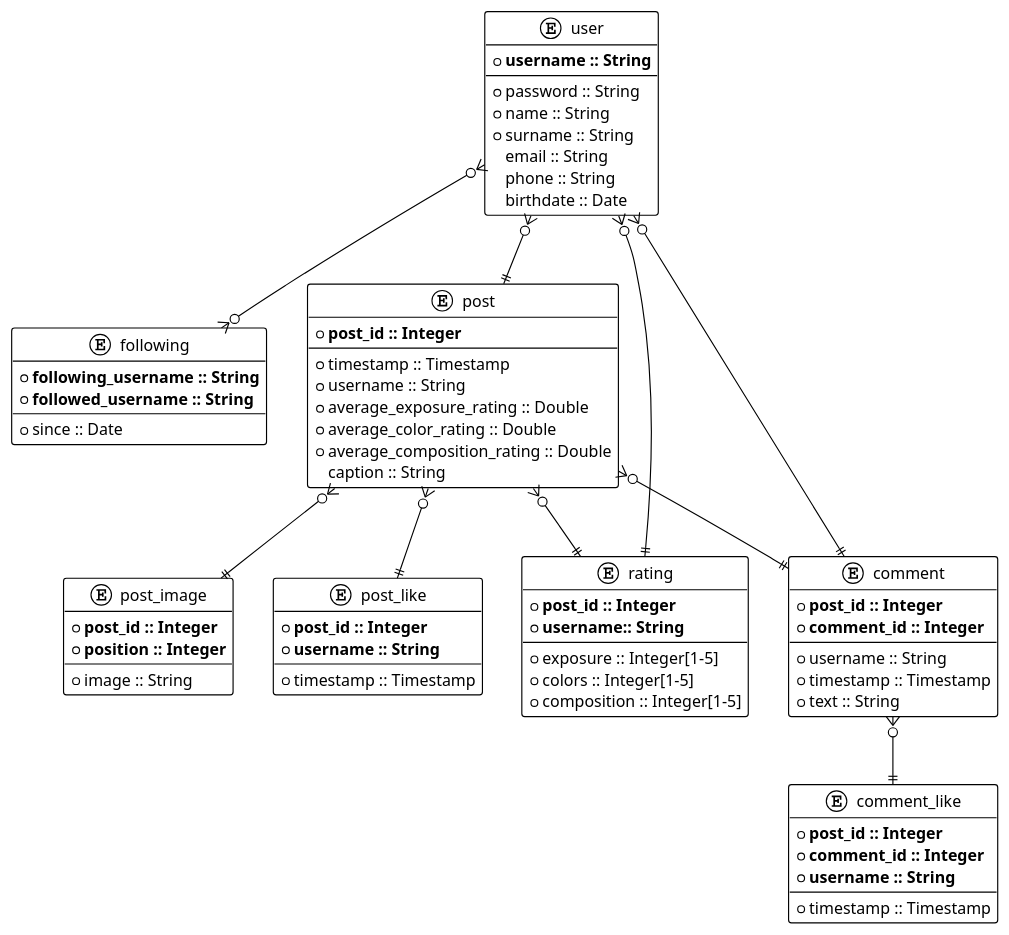
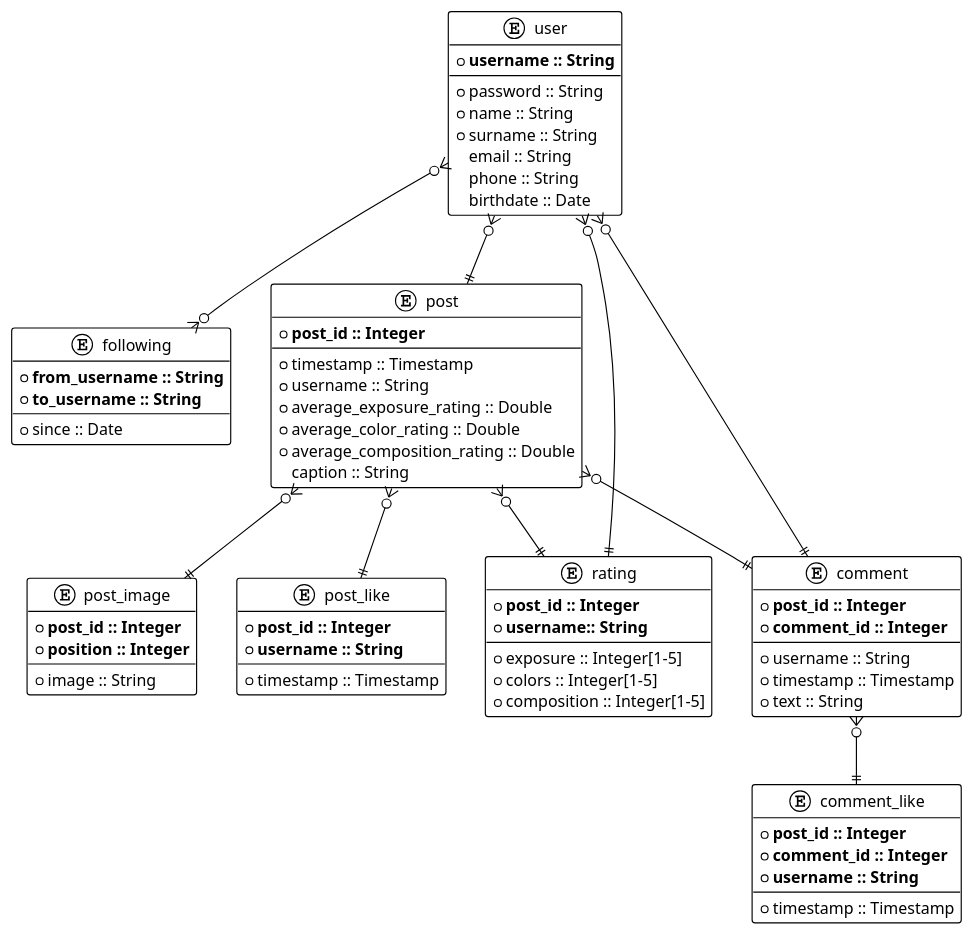
One commit to ValentinaPieri/lipho changed the diagram in db_project/er.plantuml. Above: the diagram before and after it, drawn with PlantUML.

Commit message:
Improved naming in following table

```diff
--- a/db_project/er.plantuml
+++ b/db_project/er.plantuml
@@ -1,83 +1,83 @@
 @startuml Lipho DB ER Diagram
 !theme plain
 
 entity user {
     * **username :: String**
     --
     * password :: String
     * name :: String
     * surname :: String
     email :: String
     phone :: String
     birthdate :: Date
 }
 
 entity following {
-    * **following_username :: String**
-    * **followed_username :: String**
+    * **from_username :: String**
+    * **to_username :: String**
     --
     * since :: Date
 }
 
 entity post {
     * **post_id :: Integer**
     --
     * timestamp :: Timestamp
     * username :: String
     * average_exposure_rating :: Double
     * average_color_rating :: Double
     * average_composition_rating :: Double
     caption :: String
 }
 
 entity post_image {
     * **post_id :: Integer**
     * **position :: Integer**
     --
     * image :: String
 }
 
 entity post_like {
     * **post_id :: Integer**
     * **username :: String**
     --
     * timestamp :: Timestamp
 }
 
 entity rating {
     * **post_id :: Integer**
     * **username:: String**
     --
     * exposure :: Integer[1-5]
     * colors :: Integer[1-5]
     * composition :: Integer[1-5]
 }
 
 entity comment {
     * **post_id :: Integer**
     * **comment_id :: Integer**
     --
     * username :: String
     * timestamp :: Timestamp
     * text :: String
 }
 
 entity comment_like {
     * **post_id :: Integer**
     * **comment_id :: Integer**
     * **username :: String**
     --
     * timestamp :: Timestamp
 }
 
 user }o--o{ following
 user }o--|| post
 post }o--|| post_image
 post }o--|| rating
 post }o--|| comment
 post }o--|| post_like
 rating ||--o{ user
 comment ||--o{ user
 comment }o--|| comment_like
 
 @enduml
```
